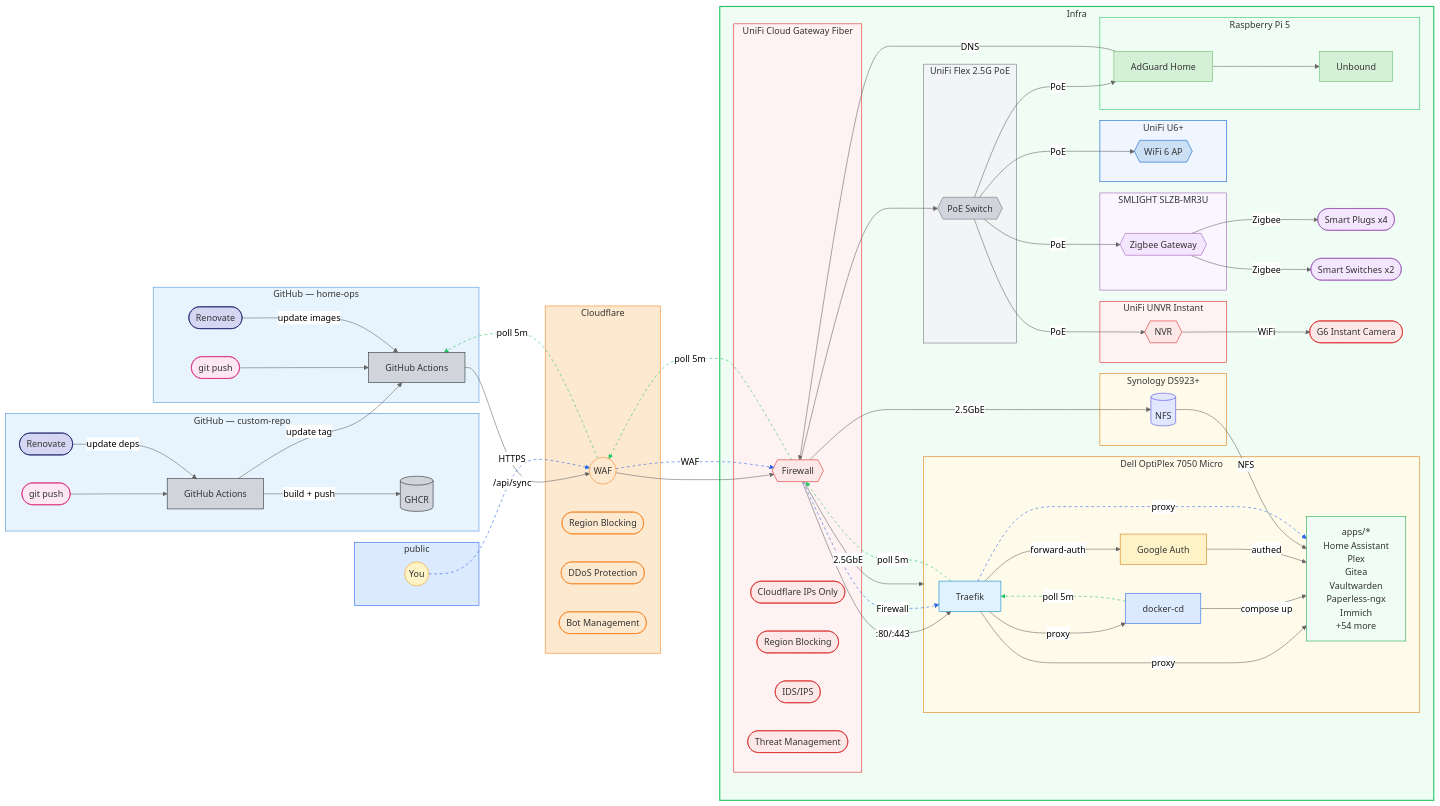
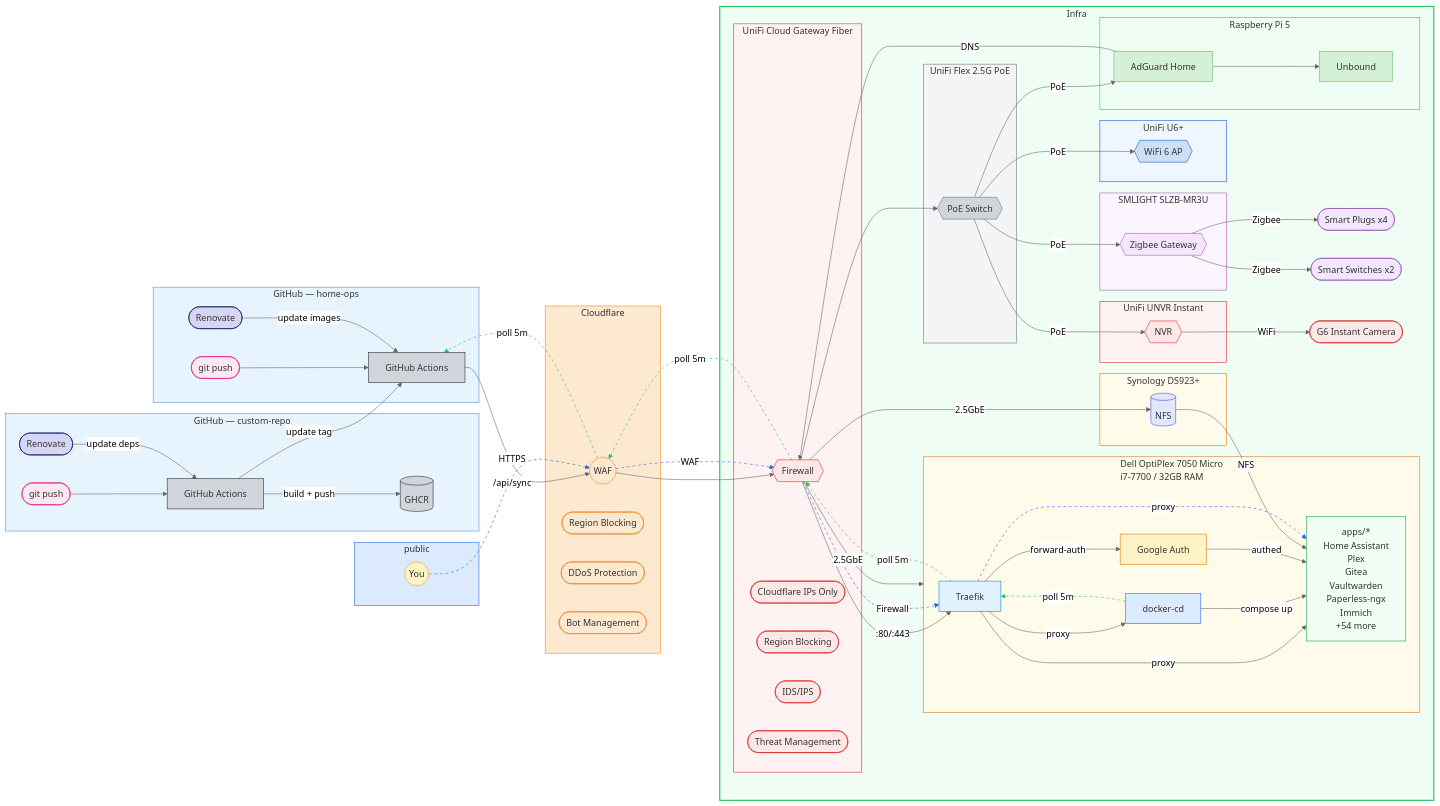
The diagram in README.md (wajeht/home-ops), drawn with Mermaid (neutral theme) before and after one commit.

Commit message:
docs: clarify dell subgraph name in README

```diff
--- a/README.md
+++ b/README.md
@@ -44,7 +44,8 @@
     end
 
     subgraph infra[Infra]
-        subgraph dell[Dell OptiPlex 7050 Micro]
+        subgraph dell["Dell OptiPlex 7050 Micro
+        i7-7700 / 32GB RAM"]
             docker_cd[docker-cd] -->|compose up| apps
             traefik[Traefik] -->|proxy| docker_cd
             traefik -->|forward-auth| google_auth[Google Auth] -->|authed| apps
```
